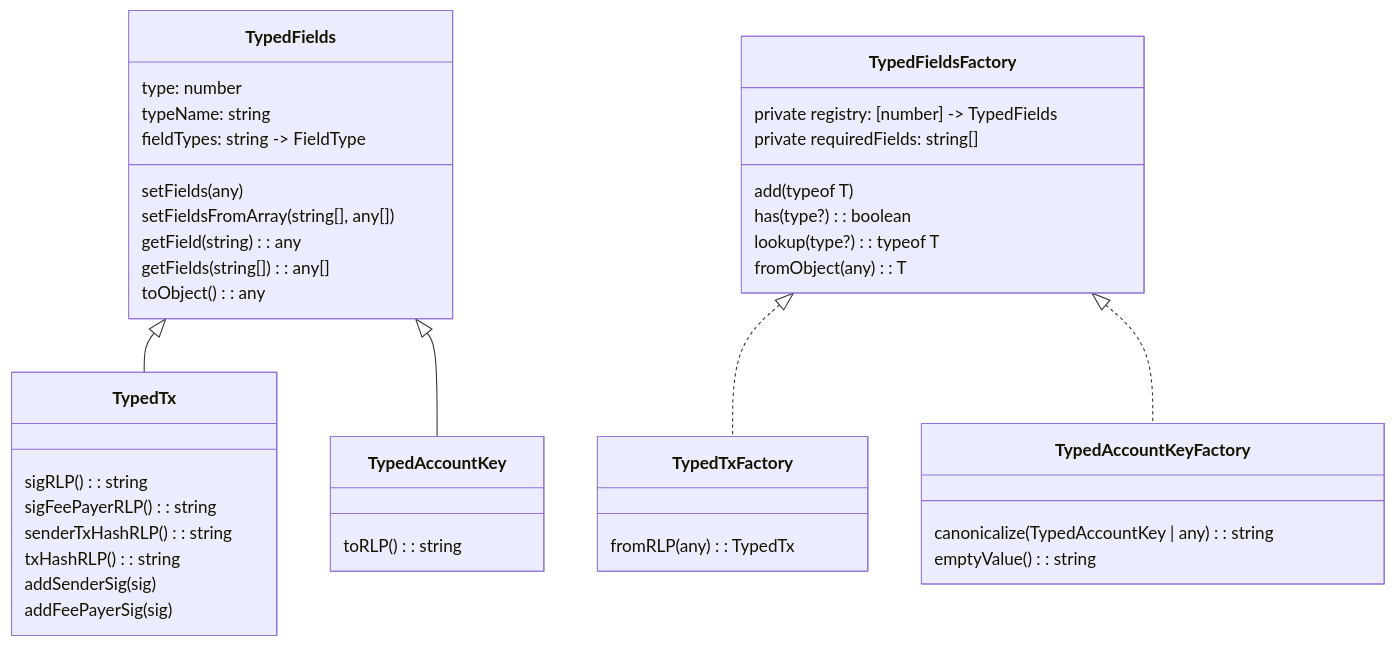
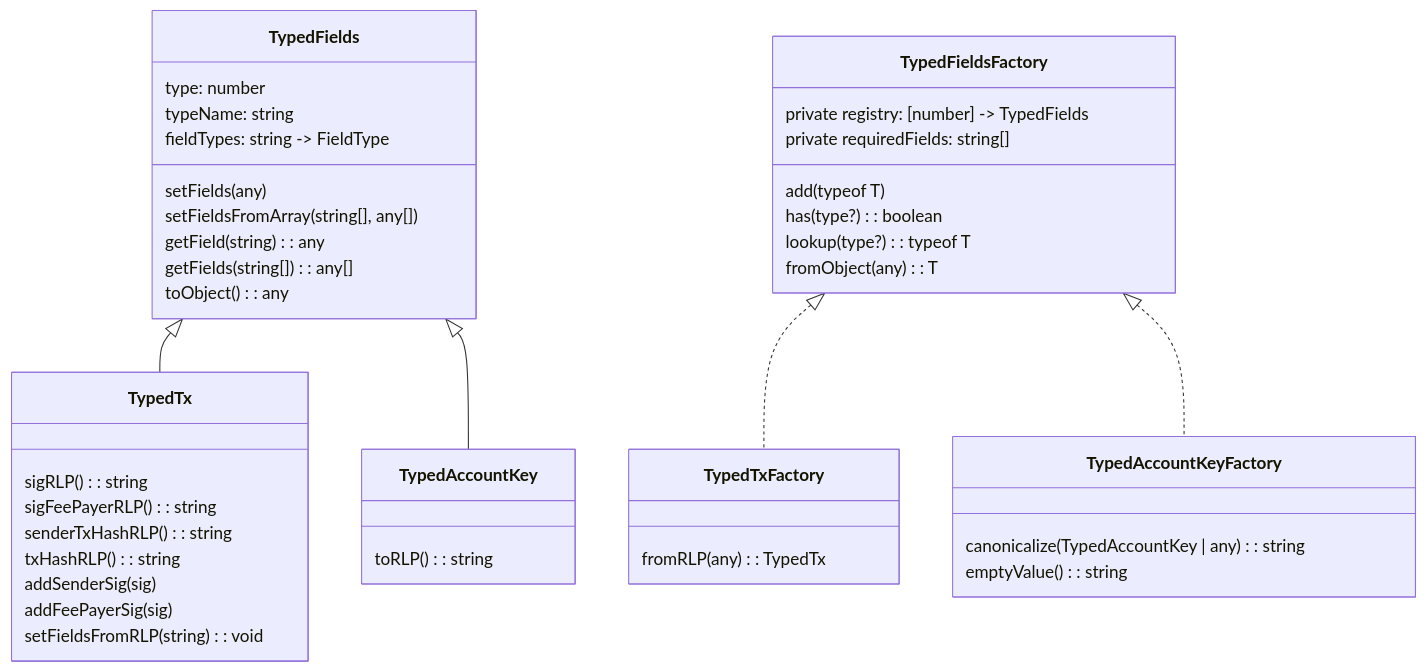
Before and after one commit to blukat29/klaytn-sdk-design: the first of 2 diagrams in README.md, drawn with Mermaid.

````diff
--- a/README.md
+++ b/README.md
@@ -38,44 +38,45 @@
 ```mermaid
 classDiagram
   TypedFields <|-- TypedTx
   TypedFields <|-- TypedAccountKey
   class TypedFields {
     type: number
     typeName: string
     fieldTypes: string -> FieldType
     setFields(any)
     setFieldsFromArray( string[], any[] )
     getField( string ): any
     getFields( string[] ): any[]
     toObject(): any
   }
   class TypedTx {
     sigRLP(): string
     sigFeePayerRLP(): string
     senderTxHashRLP(): string
     txHashRLP(): string
     addSenderSig(sig)
     addFeePayerSig(sig)
+    setFieldsFromRLP(string): void
   }
   class TypedAccountKey {
     toRLP(): string
   }
 
   TypedFieldsFactory <|.. TypedTxFactory
   TypedFieldsFactory <|.. TypedAccountKeyFactory
   class TypedFieldsFactory {
     private registry: [number] -> TypedFields
     private requiredFields: string[]
     add(typeof T)
     has(type?): boolean
     lookup(type?): typeof T
     fromObject(any): T
   }
   class TypedTxFactory {
     fromRLP(any): TypedTx
   }
   class TypedAccountKeyFactory {
     canonicalize(TypedAccountKey | any): string 
     emptyValue(): string
   }
 ```
````
